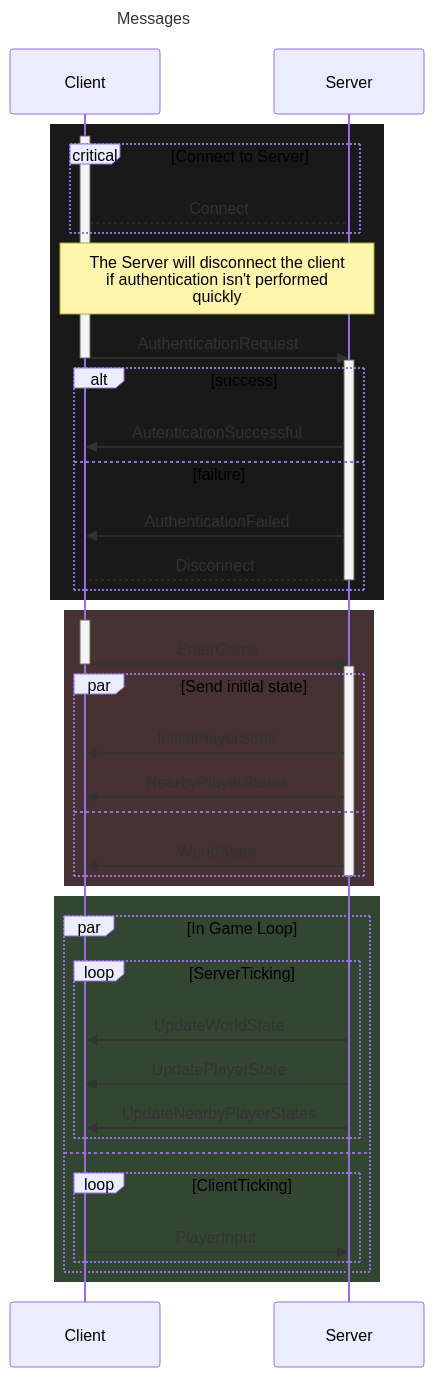
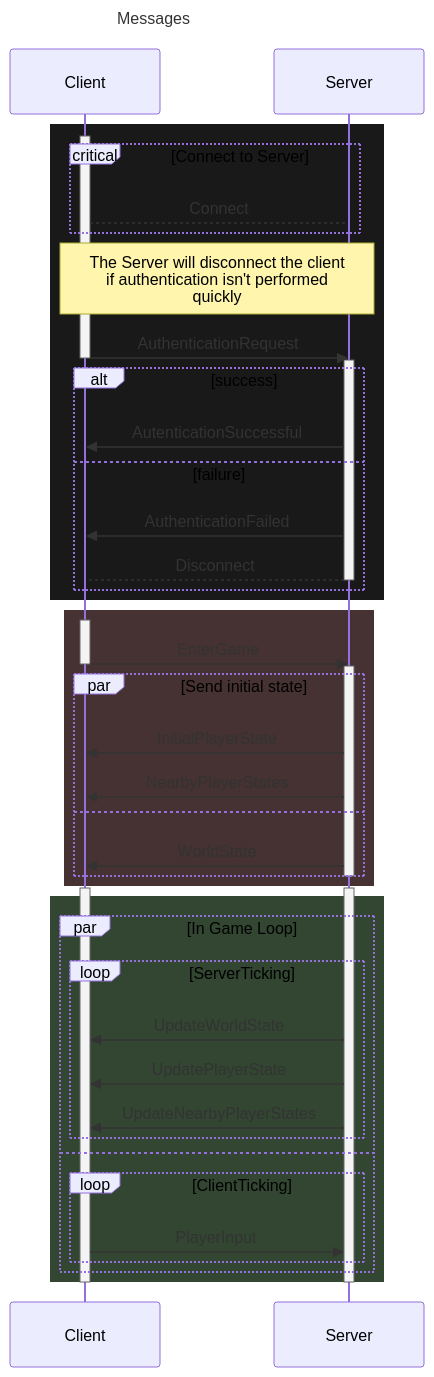
Before and after one commit to mauville-technologies/Lights: the eighth of 8 diagrams in docs/brainstorming/network_flow.md, drawn with Mermaid. The commit also changed 30 other files, not shown here.

````diff
--- a/docs/brainstorming/network_flow.md
+++ b/docs/brainstorming/network_flow.md
@@ -167,58 +167,62 @@
 ```mermaid
 ---
     title: Messages
 ---
 sequenceDiagram
 %%    autonumber
     participant C as Client
     participant S as Server
     
     %% Client Connect and Authenticate
     rect rgb(25,25,25)
         activate C
         critical Connect to Server
             C-->S: Connect
         end
         note over C, S: The Server will disconnect the client <br/>if authentication isn't performed <br/> quickly
         C->>S: AuthenticationRequest
         deactivate C
         
         activate S
         alt success
         S->>C: AutenticationSuccessful
         else failure
         S->>C: AuthenticationFailed
         S-->C: Disconnect
         deactivate S
         end
     end
     
     rect rgb(70,50,50)
         activate C
         C->>S: EnterGame
         deactivate C
         
         activate S
         par Send initial state
             S->>C: InitialPlayerState
             S->>C: NearbyPlayerStates
             and
             S->>C: WorldState
         end
         deactivate S
     end
 
+    activate C
+    activate S
     rect rgb(50,70,50)
         par In Game Loop
             loop ServerTicking 
                 S->>C: UpdateWorldState
                 S->>C: UpdatePlayerState
                 S->>C: UpdateNearbyPlayerStates
             end
         and
             loop ClientTicking
                 C->>S: PlayerInput
             end
         end
     end
+    deactivate C
+    deactivate S
 ```
````
